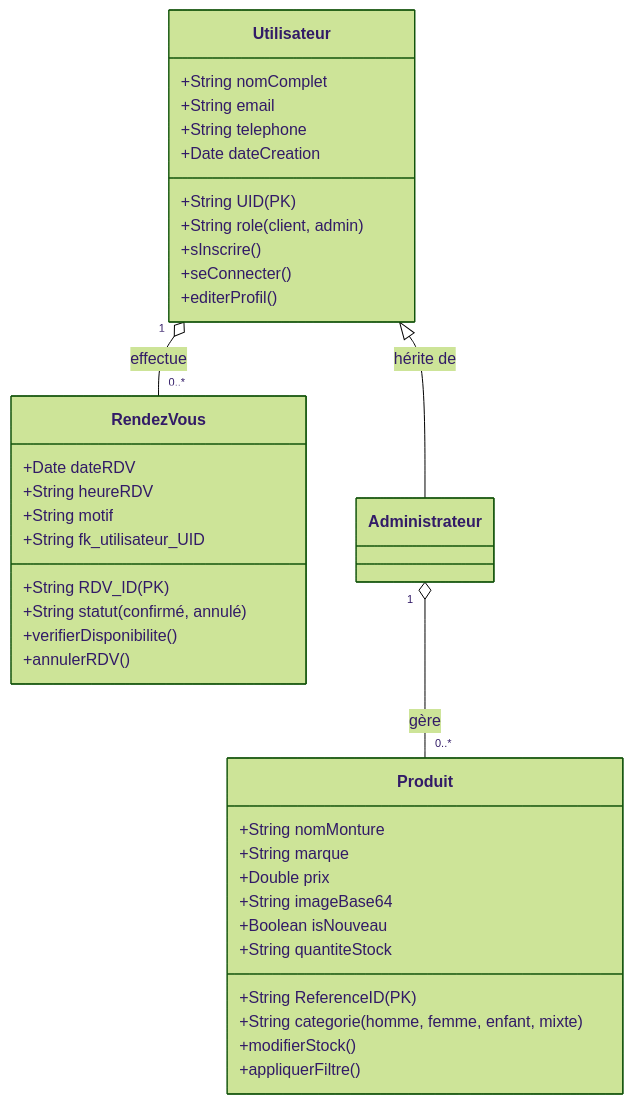
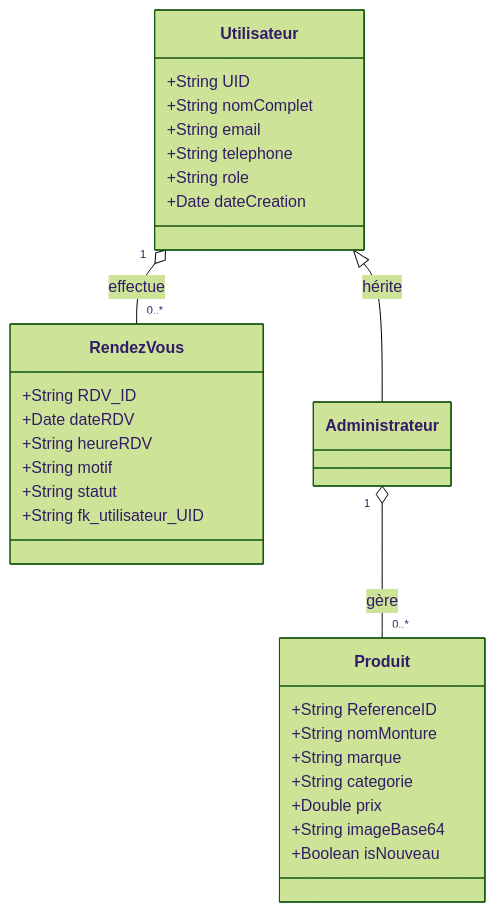
Before and after one commit to Midousy92/Barham_Optic: the fourth of 6 diagrams in Memoire_Complet_Barham_Optic.md, drawn with Mermaid (forest theme). The commit also changed other lines of this file and 14 other files, not shown here.

````diff
--- a/Memoire_Complet_Barham_Optic.md
+++ b/Memoire_Complet_Barham_Optic.md
@@ -281,42 +268,34 @@
 ```mermaid
 classDiagram
     class Utilisateur {
-        +String UID (PK)
+        +String UID
         +String nomComplet
         +String email
         +String telephone
-        +String role (client, admin)
+        +String role
         +Date dateCreation
-        +sInscrire()
-        +seConnecter()
-        +editerProfil()
     }
     
     class Produit {
-        +String ReferenceID (PK)
+        +String ReferenceID
         +String nomMonture
         +String marque
-        +String categorie (homme, femme, enfant, mixte)
+        +String categorie
         +Double prix
         +String imageBase64
         +Boolean isNouveau
-        +String quantiteStock
-        +modifierStock()
-        +appliquerFiltre()
     }
     
     class RendezVous {
-        +String RDV_ID (PK)
+        +String RDV_ID
         +Date dateRDV
         +String heureRDV
         +String motif
-        +String statut (confirmé, annulé)
+        +String statut
         +String fk_utilisateur_UID
-        +verifierDisponibilite()
-        +annulerRDV()
     }
 
     Utilisateur "1" o--  "0..*" RendezVous : effectue
     Administrateur "1" o-- "0..*" Produit : gère
-    Utilisateur <|-- Administrateur : hérite de
+    Utilisateur <|-- Administrateur : hérite
 ```
````
